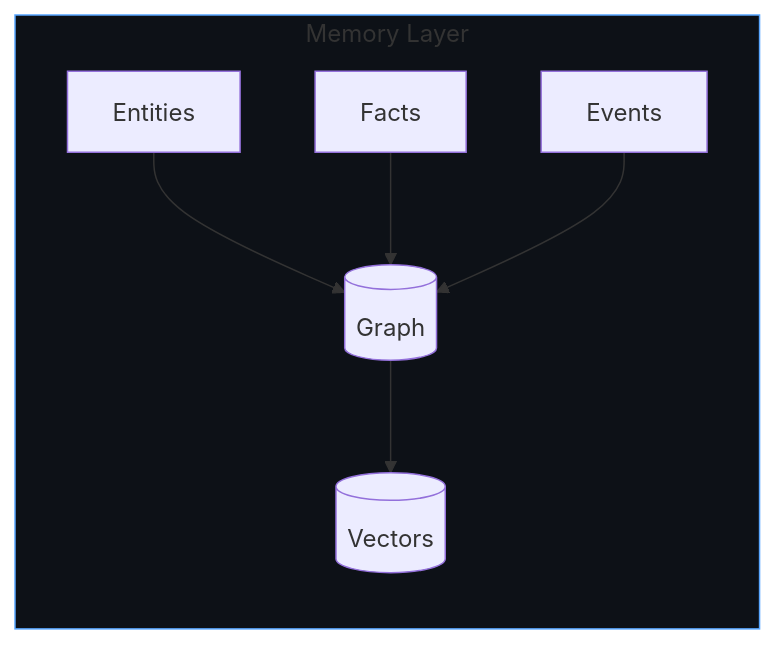
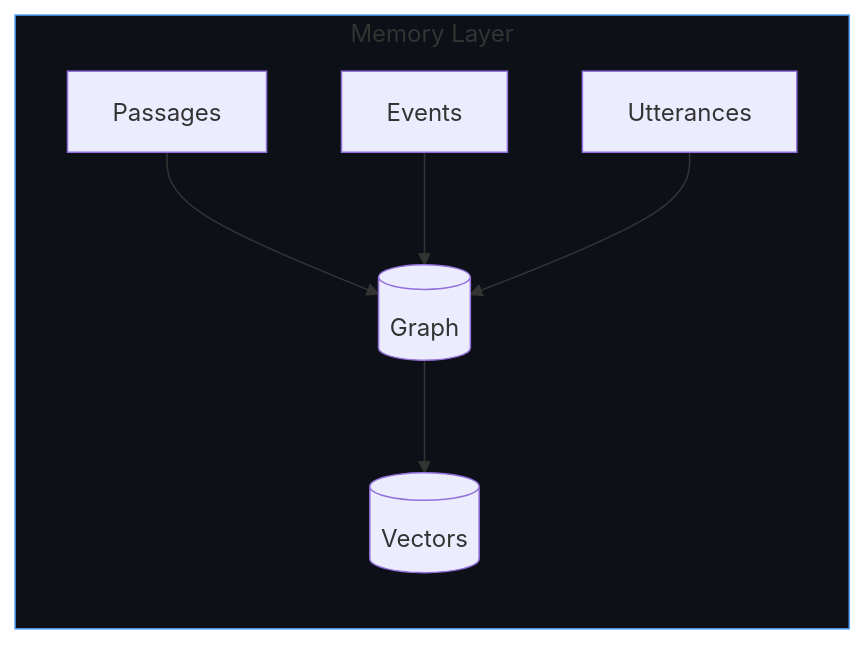
One commit to delta-prime/.github changed the first of 6 diagrams in profile/README.md. Above: the diagram before and after it, drawn with Mermaid. The commit also changed other lines of this file, not shown here.

First line of the commit message:
docs: fix cognitive stack diagrams + add meta-memory

````diff
--- a/profile/README.md
+++ b/profile/README.md
@@ -44,12 +44,12 @@
 ```mermaid
 flowchart LR
     subgraph MEMORY["Memory Layer"]
         direction TB
-        E[Entities] --> G[(Graph)]
-        F[Facts] --> G
+        P[Passages] --> G[(Graph)]
         V[Events] --> G
+        U[Utterances] --> G
         G --> S[(Vectors)]
     end
     
     style MEMORY fill:#0d1117,stroke:#58a6ff
 ```
````
